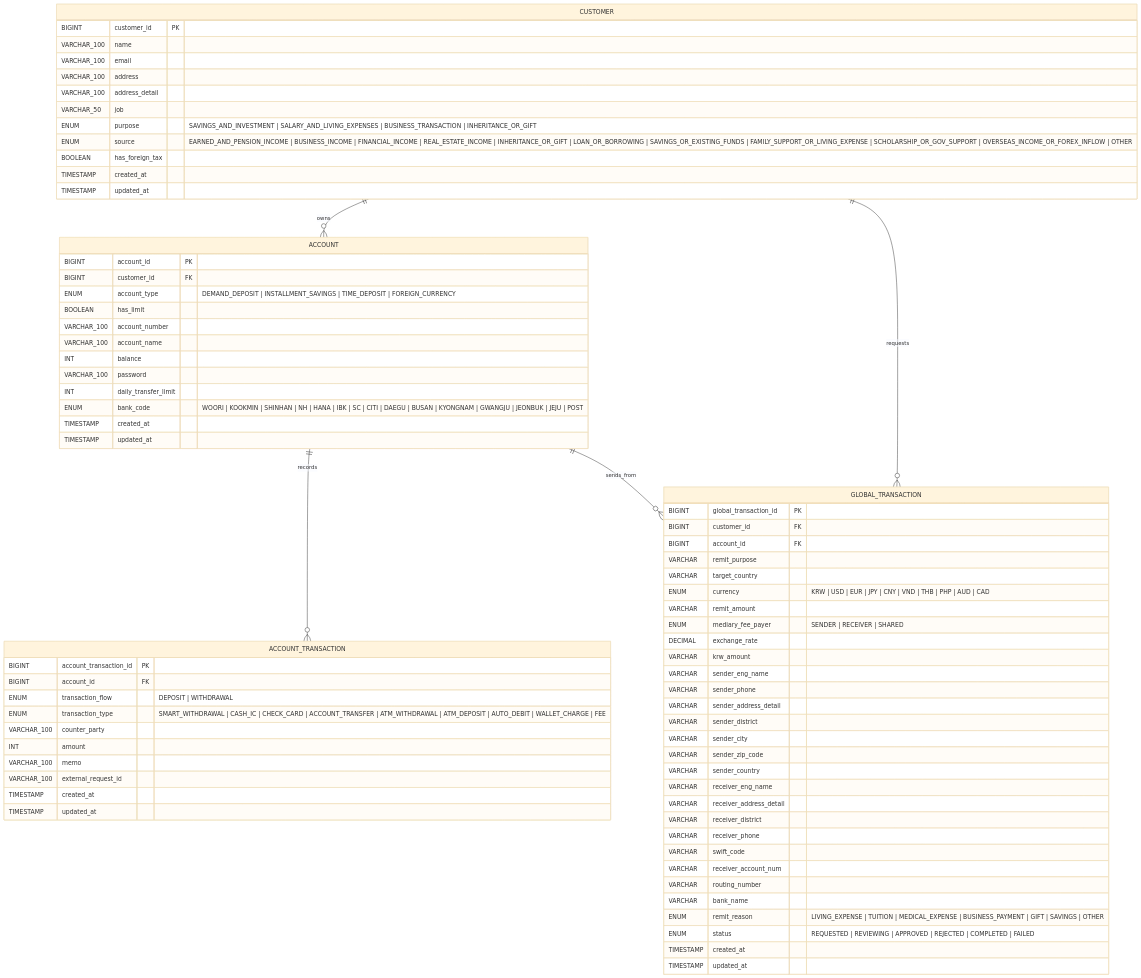
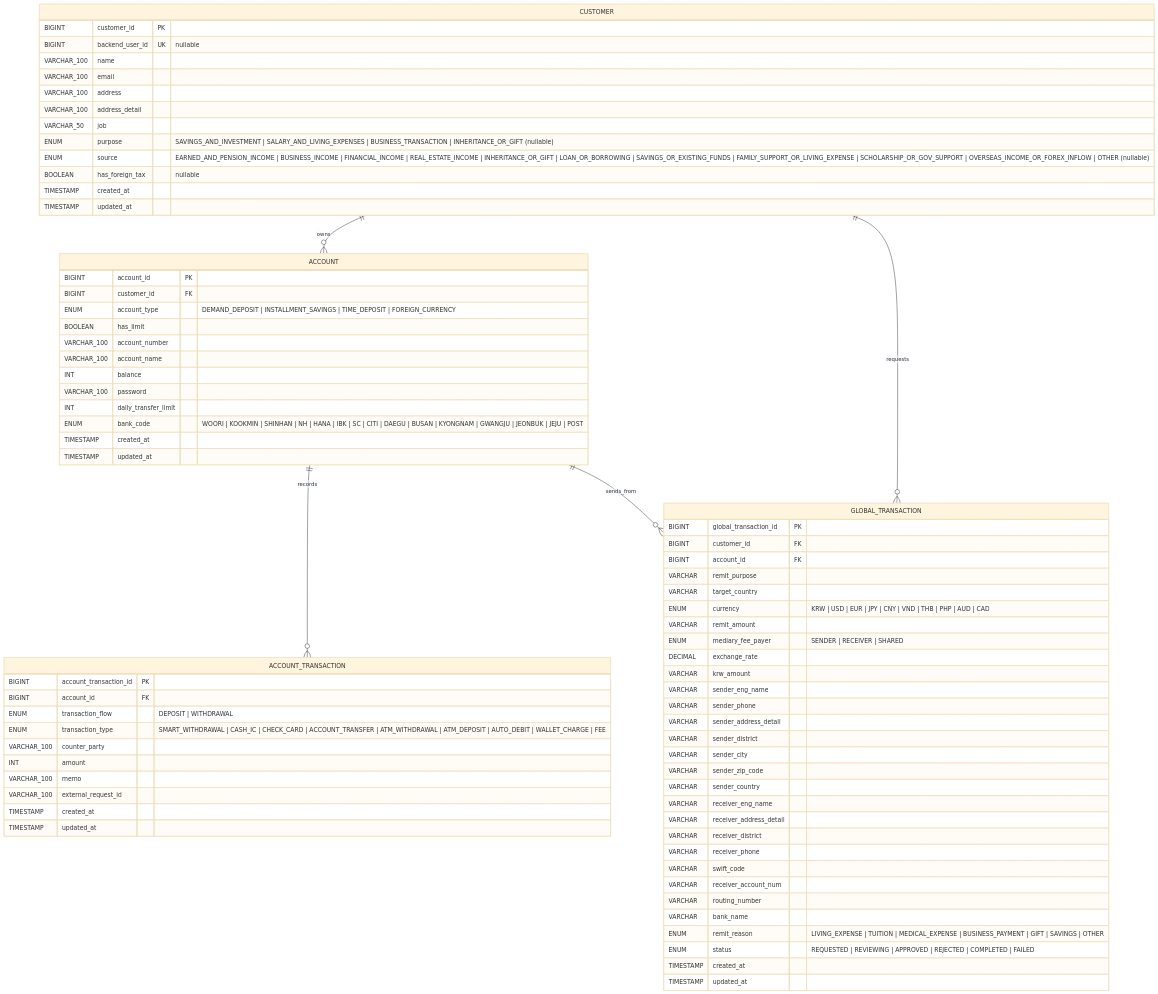
Before and after one commit to jaepar/NOVA: the diagram in coreBanking/docs/erd.md, drawn with Mermaid (base theme). The commit also changed 1 other file, not shown here.

Commit message:
feat: 인증서 발급에 따라 Customer 객체 생성 API 관련 내용 AGENTS.md 수정

````diff
--- a/coreBanking/docs/erd.md
+++ b/coreBanking/docs/erd.md
@@ -7,81 +7,82 @@
 ```mermaid
 erDiagram
   CUSTOMER {
     BIGINT customer_id PK
+    BIGINT backend_user_id UK "nullable"
     VARCHAR_100 name
     VARCHAR_100 email
     VARCHAR_100 address
     VARCHAR_100 address_detail
     VARCHAR_50 job
-    ENUM purpose "SAVINGS_AND_INVESTMENT | SALARY_AND_LIVING_EXPENSES | BUSINESS_TRANSACTION | INHERITANCE_OR_GIFT"
-    ENUM source "EARNED_AND_PENSION_INCOME | BUSINESS_INCOME | FINANCIAL_INCOME | REAL_ESTATE_INCOME | INHERITANCE_OR_GIFT | LOAN_OR_BORROWING | SAVINGS_OR_EXISTING_FUNDS | FAMILY_SUPPORT_OR_LIVING_EXPENSE | SCHOLARSHIP_OR_GOV_SUPPORT | OVERSEAS_INCOME_OR_FOREX_INFLOW | OTHER"
-    BOOLEAN has_foreign_tax
+    ENUM purpose "SAVINGS_AND_INVESTMENT | SALARY_AND_LIVING_EXPENSES | BUSINESS_TRANSACTION | INHERITANCE_OR_GIFT (nullable)"
+    ENUM source "EARNED_AND_PENSION_INCOME | BUSINESS_INCOME | FINANCIAL_INCOME | REAL_ESTATE_INCOME | INHERITANCE_OR_GIFT | LOAN_OR_BORROWING | SAVINGS_OR_EXISTING_FUNDS | FAMILY_SUPPORT_OR_LIVING_EXPENSE | SCHOLARSHIP_OR_GOV_SUPPORT | OVERSEAS_INCOME_OR_FOREX_INFLOW | OTHER (nullable)"
+    BOOLEAN has_foreign_tax "nullable"
     TIMESTAMP created_at
     TIMESTAMP updated_at
   }
 
   ACCOUNT {
     BIGINT account_id PK
     BIGINT customer_id FK
     ENUM account_type "DEMAND_DEPOSIT | INSTALLMENT_SAVINGS | TIME_DEPOSIT | FOREIGN_CURRENCY"
     BOOLEAN has_limit
     VARCHAR_100 account_number
     VARCHAR_100 account_name
     INT balance
     VARCHAR_100 password
     INT daily_transfer_limit
     ENUM bank_code "WOORI | KOOKMIN | SHINHAN | NH | HANA | IBK | SC | CITI | DAEGU | BUSAN | KYONGNAM | GWANGJU | JEONBUK | JEJU | POST"
     TIMESTAMP created_at
     TIMESTAMP updated_at
   }
 
   ACCOUNT_TRANSACTION {
     BIGINT account_transaction_id PK
     BIGINT account_id FK
     ENUM transaction_flow "DEPOSIT | WITHDRAWAL"
     ENUM transaction_type "SMART_WITHDRAWAL | CASH_IC | CHECK_CARD | ACCOUNT_TRANSFER | ATM_WITHDRAWAL | ATM_DEPOSIT | AUTO_DEBIT | WALLET_CHARGE | FEE"
     VARCHAR_100 counter_party
     INT amount
     VARCHAR_100 memo
     VARCHAR_100 external_request_id
     TIMESTAMP created_at
     TIMESTAMP updated_at
   }
 
   GLOBAL_TRANSACTION {
     BIGINT global_transaction_id PK
     BIGINT customer_id FK
     BIGINT account_id FK
     VARCHAR remit_purpose
     VARCHAR target_country
     ENUM currency "KRW | USD | EUR | JPY | CNY | VND | THB | PHP | AUD | CAD"
     VARCHAR remit_amount
     ENUM mediary_fee_payer "SENDER | RECEIVER | SHARED"
     DECIMAL exchange_rate
     VARCHAR krw_amount
     VARCHAR sender_eng_name
     VARCHAR sender_phone
     VARCHAR sender_address_detail
     VARCHAR sender_district
     VARCHAR sender_city
     VARCHAR sender_zip_code
     VARCHAR sender_country
     VARCHAR receiver_eng_name
     VARCHAR receiver_address_detail
     VARCHAR receiver_district
     VARCHAR receiver_phone
     VARCHAR swift_code
     VARCHAR receiver_account_num
     VARCHAR routing_number
     VARCHAR bank_name
     ENUM remit_reason "LIVING_EXPENSE | TUITION | MEDICAL_EXPENSE | BUSINESS_PAYMENT | GIFT | SAVINGS | OTHER"
     ENUM status "REQUESTED | REVIEWING | APPROVED | REJECTED | COMPLETED | FAILED"
     TIMESTAMP created_at
     TIMESTAMP updated_at
   }
 
   CUSTOMER ||--o{ ACCOUNT : owns
   ACCOUNT ||--o{ ACCOUNT_TRANSACTION : records
   CUSTOMER ||--o{ GLOBAL_TRANSACTION : requests
   ACCOUNT ||--o{ GLOBAL_TRANSACTION : sends_from
 ```
````
